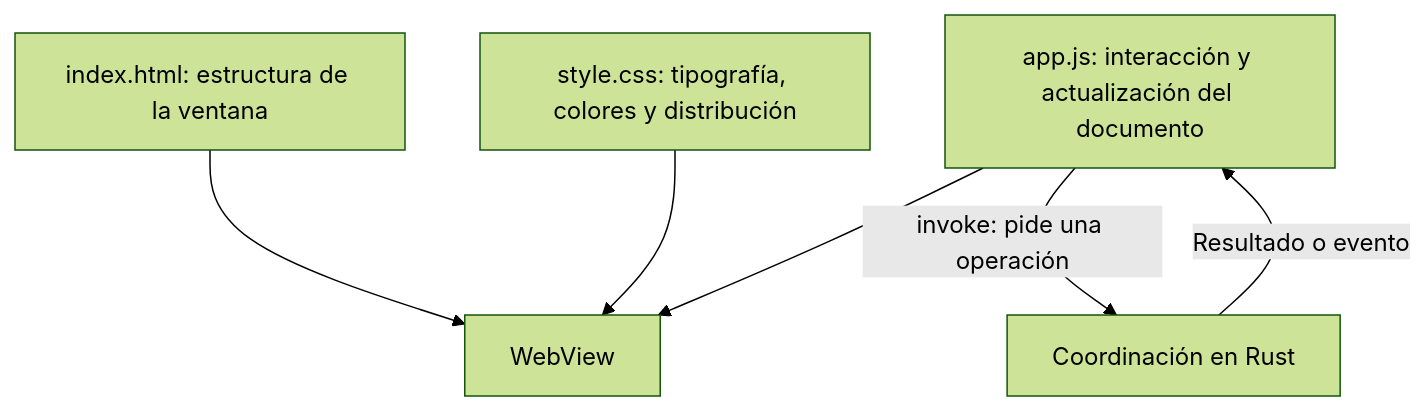
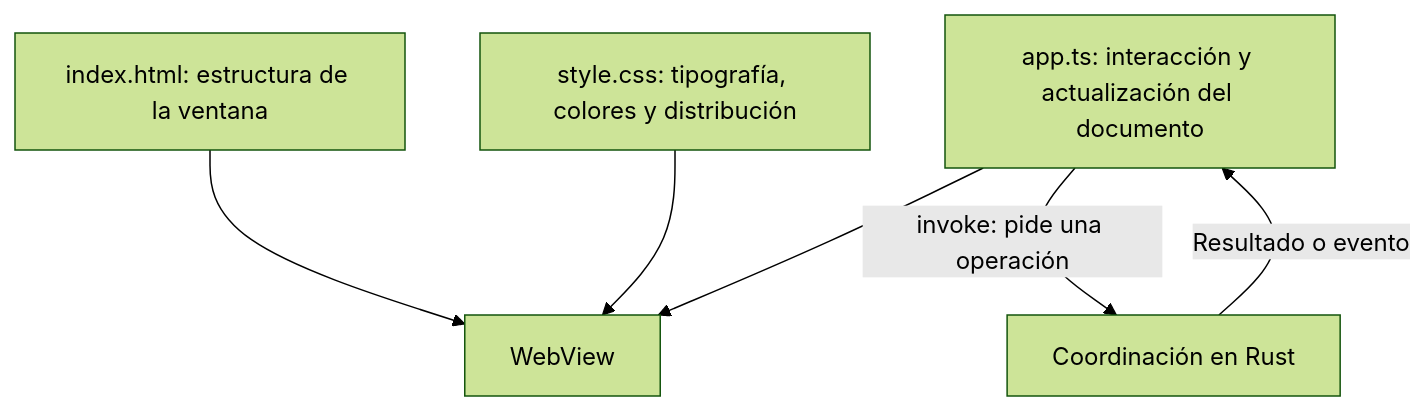
Before and after one commit to JorgeAgar/markdown-viewer: the first of 2 diagrams in docs/interfaz.md, drawn with Mermaid (forest theme). The commit also changed other lines of this file and 11 other files, not shown here.

````diff
--- a/docs/interfaz.md
+++ b/docs/interfaz.md
@@ -11,8 +11,8 @@
 ```mermaid
 flowchart TD
     HTML["index.html: estructura de la ventana"] --> Vista["WebView"]
     CSS["style.css: tipografía, colores y distribución"] --> Vista
-    JS["app.js: interacción y actualización del documento"] --> Vista
+    JS["app.ts: interacción y actualización del documento"] --> Vista
     JS -->|"invoke: pide una operación"| Rust["Coordinación en Rust"]
     Rust -->|"Resultado o evento"| JS
 ```
````
